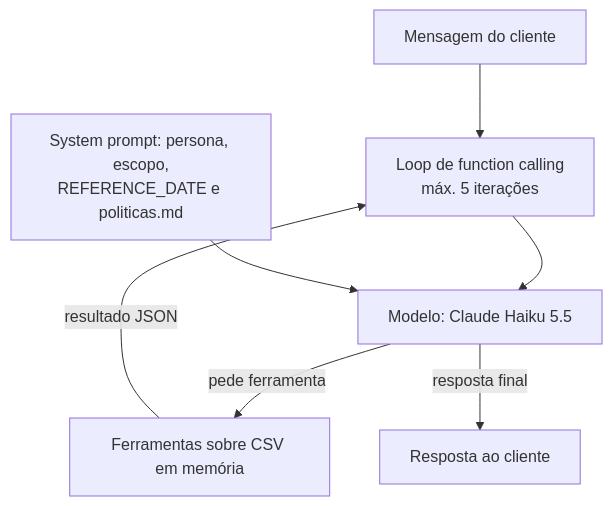
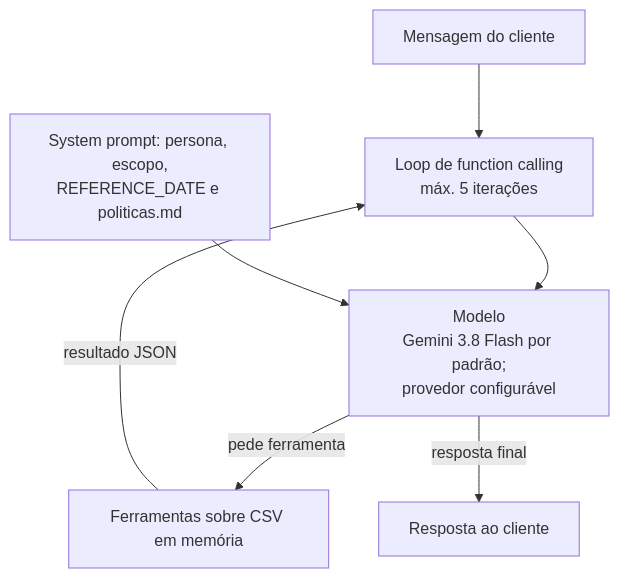
Before and after one commit to DiegoLCirqueira/emporio-agente: the diagram in README.md, drawn with Mermaid. The commit also changed other lines of this file, not shown here.

Commit message:
docs: atualiza README para Gemini no free tier e documenta a CLI

````diff
--- a/README.md
+++ b/README.md
@@ -74,9 +78,9 @@
 ```mermaid
 flowchart TD
   U[Mensagem do cliente] --> L[Loop de function calling<br/>máx. 5 iterações]
-  L --> M[Modelo: Claude Haiku 5.5]
+  L --> M[Modelo<br/>Gemini 3.8 Flash por padrão;<br/>provedor configurável]
   P[System prompt: persona, escopo,<br/>REFERENCE_DATE e politicas.md] --> M
   M -->|pede ferramenta| T[Ferramentas sobre CSV em memória]
   T -->|resultado JSON| L
   M -->|resposta final| R[Resposta ao cliente]
 ```
````
